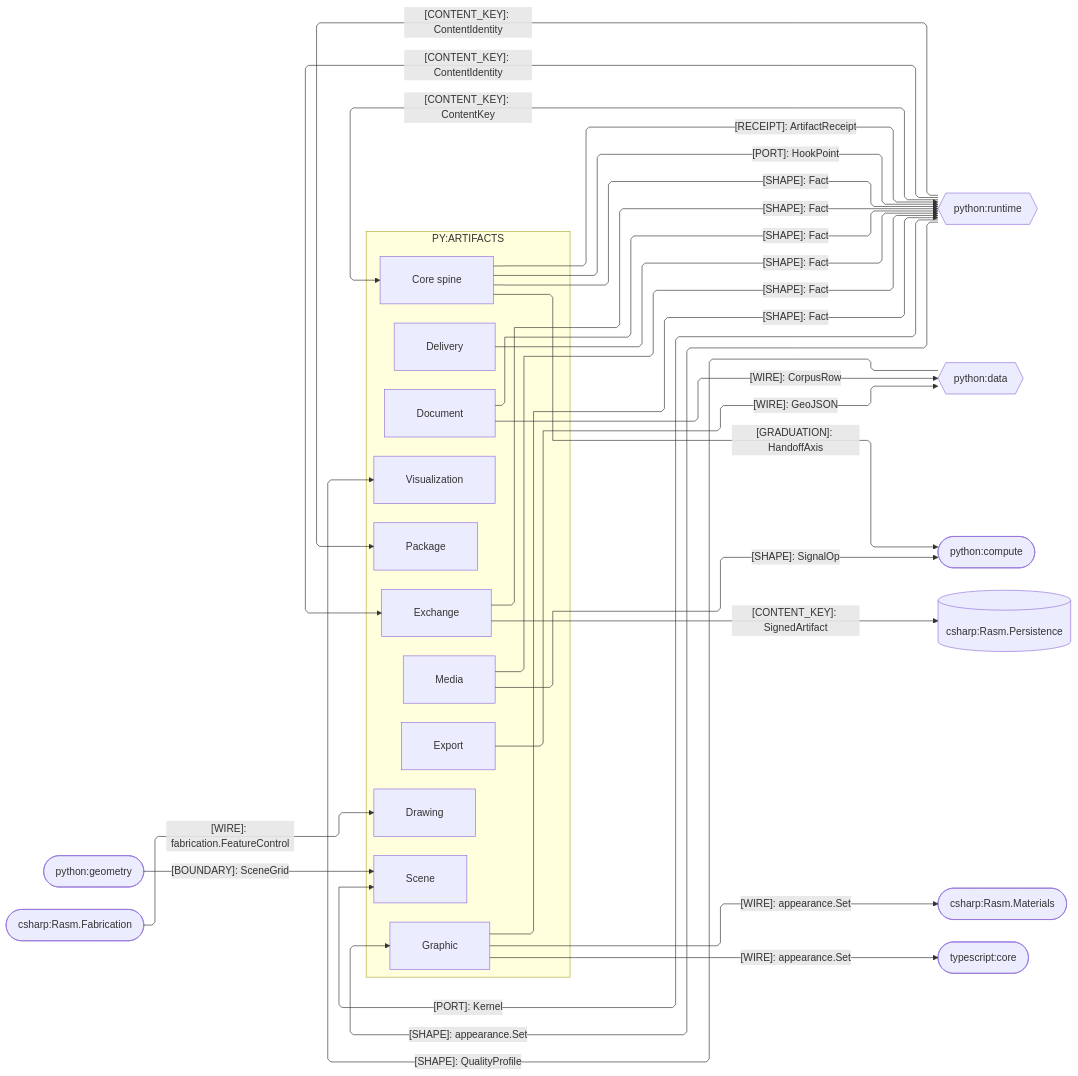
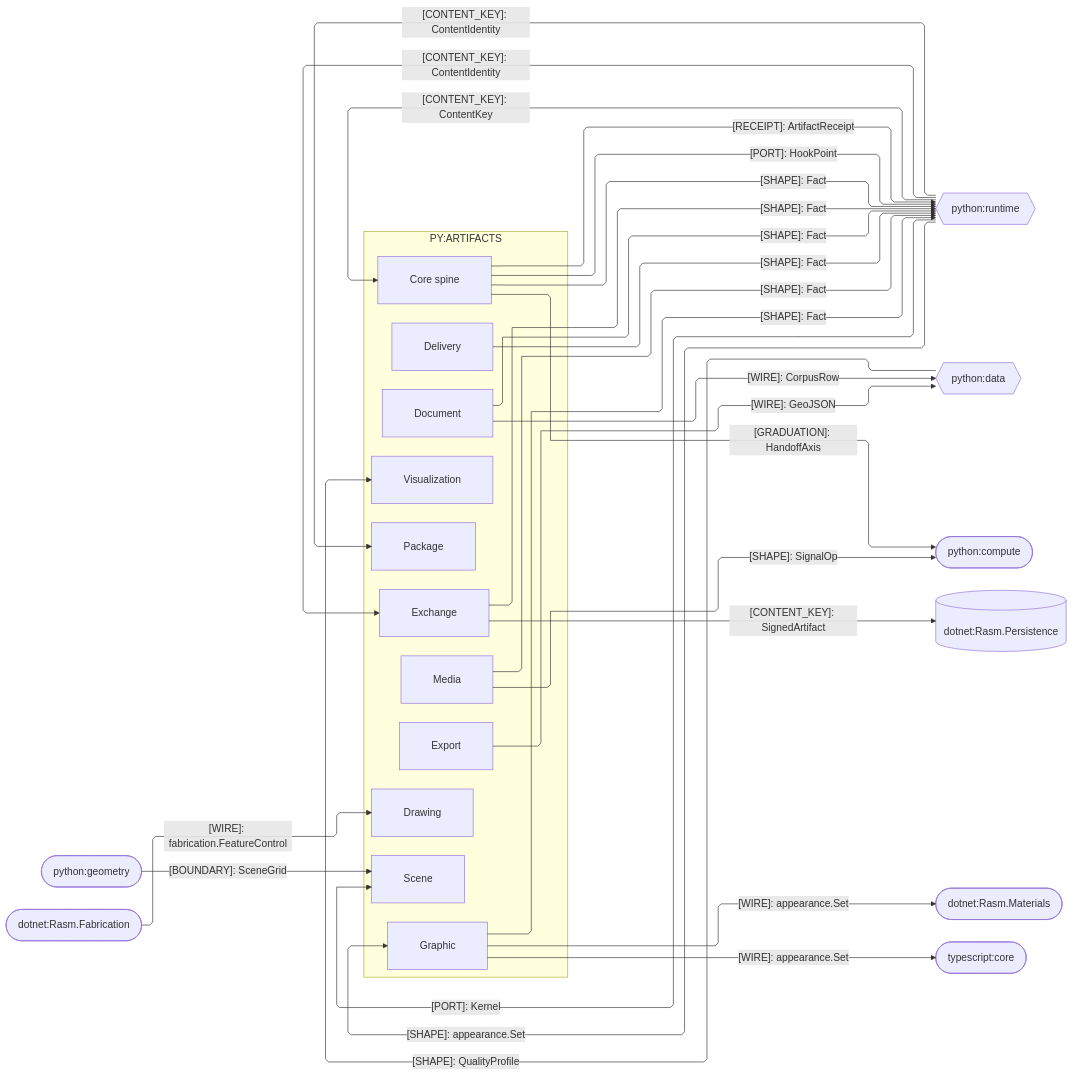
The second of 3 diagrams in libs/python/artifacts/ARCHITECTURE.md (bsamiee/Rasm), drawn with Mermaid before and after one commit. The commit also changed 1716 other files, not shown here.

````diff
--- a/libs/python/artifacts/ARCHITECTURE.md
+++ b/libs/python/artifacts/ARCHITECTURE.md
@@ -211,56 +211,56 @@
 ```mermaid
 ---
 config:
   layout: elk
   flowchart:
     curve: linear
     padding: 25
 ---
 flowchart LR
     accTitle: Artifacts package seam registry
     accDescr: Artifacts sub-domain owners exchanging content keys, receipts, wires, and shapes with Python, C#, and TypeScript peers.
     subgraph artifacts[PY:ARTIFACTS]
         Core[Core spine]
         Document[Document]
         Delivery[Delivery]
         Visualization[Visualization]
         Drawing[Drawing]
         Graphic[Graphic]
         Media[Media]
         Scene[Scene]
         Export[Export]
         Exchange[Exchange]
         Package[Package]
     end
     Geometry([python:geometry])
     Runtime{{python:runtime}}
     Data{{python:data}}
     Compute([python:compute])
-    Persistence[(csharp:Rasm.Persistence)]
-    Fabrication([csharp:Rasm.Fabrication])
-    Materials([csharp:Rasm.Materials])
+    Persistence[(dotnet:Rasm.Persistence)]
+    Fabrication([dotnet:Rasm.Fabrication])
+    Materials([dotnet:Rasm.Materials])
     Interchange([typescript:core])
     Runtime e1@-->|"[CONTENT_KEY]: ContentKey"| Core
     Core e2@-->|"[RECEIPT]: ArtifactReceipt"| Runtime
     Runtime e3@-->|"[CONTENT_KEY]: ContentIdentity"| Exchange
     Runtime e4@-->|"[CONTENT_KEY]: ContentIdentity"| Package
     Core e5@-->|"[GRADUATION]: HandoffAxis"| Compute
     Media e6@-->|"[SHAPE]: SignalOp"| Compute
     Document e7@-->|"[WIRE]: CorpusRow"| Data
     Export e8@-->|"[WIRE]: GeoJSON"| Data
     Data e9@-->|"[SHAPE]: QualityProfile"| Visualization
     Fabrication e10@-->|"[WIRE]: fabrication.FeatureControl"| Drawing
     Geometry e11@-->|"[BOUNDARY]: SceneGrid"| Scene
     Exchange e12@-->|"[CONTENT_KEY]: SignedArtifact"| Persistence
     Runtime e13@-->|"[PORT]: Kernel"| Scene
     Core e14@-->|"[PORT]: HookPoint"| Runtime
     Runtime e15@-->|"[SHAPE]: appearance.Set"| Graphic
     Graphic e16@-->|"[WIRE]: appearance.Set"| Materials
     Graphic e17@-->|"[WIRE]: appearance.Set"| Interchange
     Core e18@-->|"[SHAPE]: Fact"| Runtime
     Delivery e19@-->|"[SHAPE]: Fact"| Runtime
     Document e20@-->|"[SHAPE]: Fact"| Runtime
     Graphic e21@-->|"[SHAPE]: Fact"| Runtime
     Media e22@-->|"[SHAPE]: Fact"| Runtime
     Exchange e23@-->|"[SHAPE]: Fact"| Runtime
 ```
````
